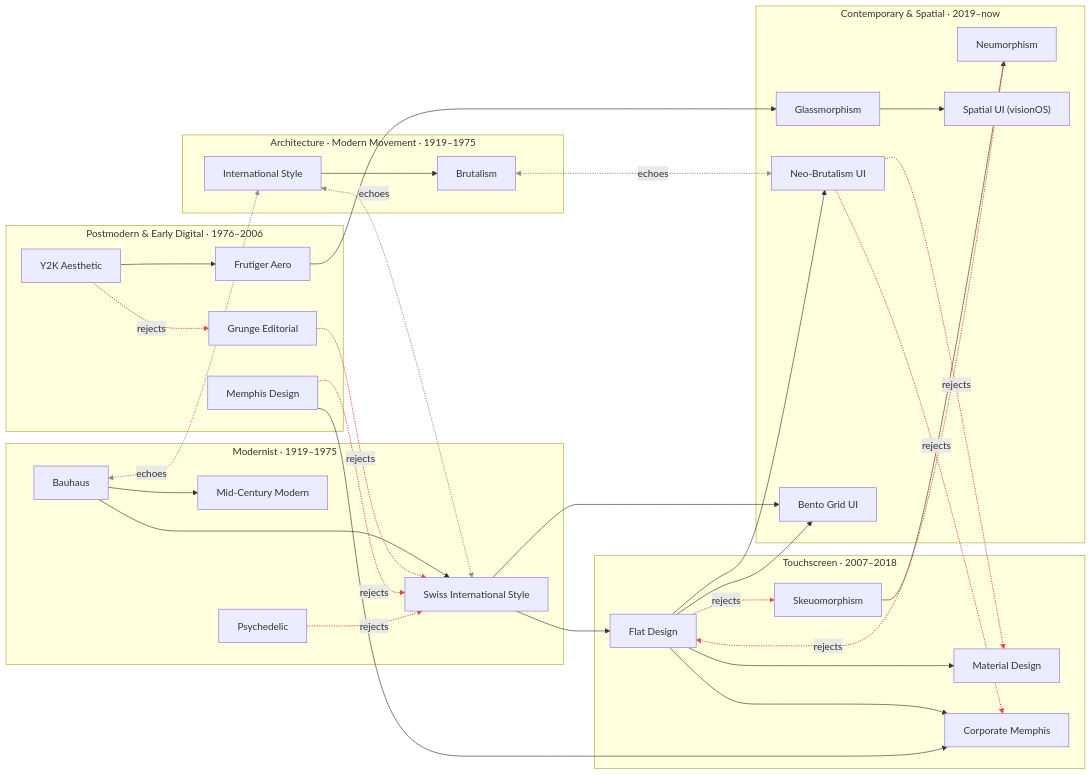
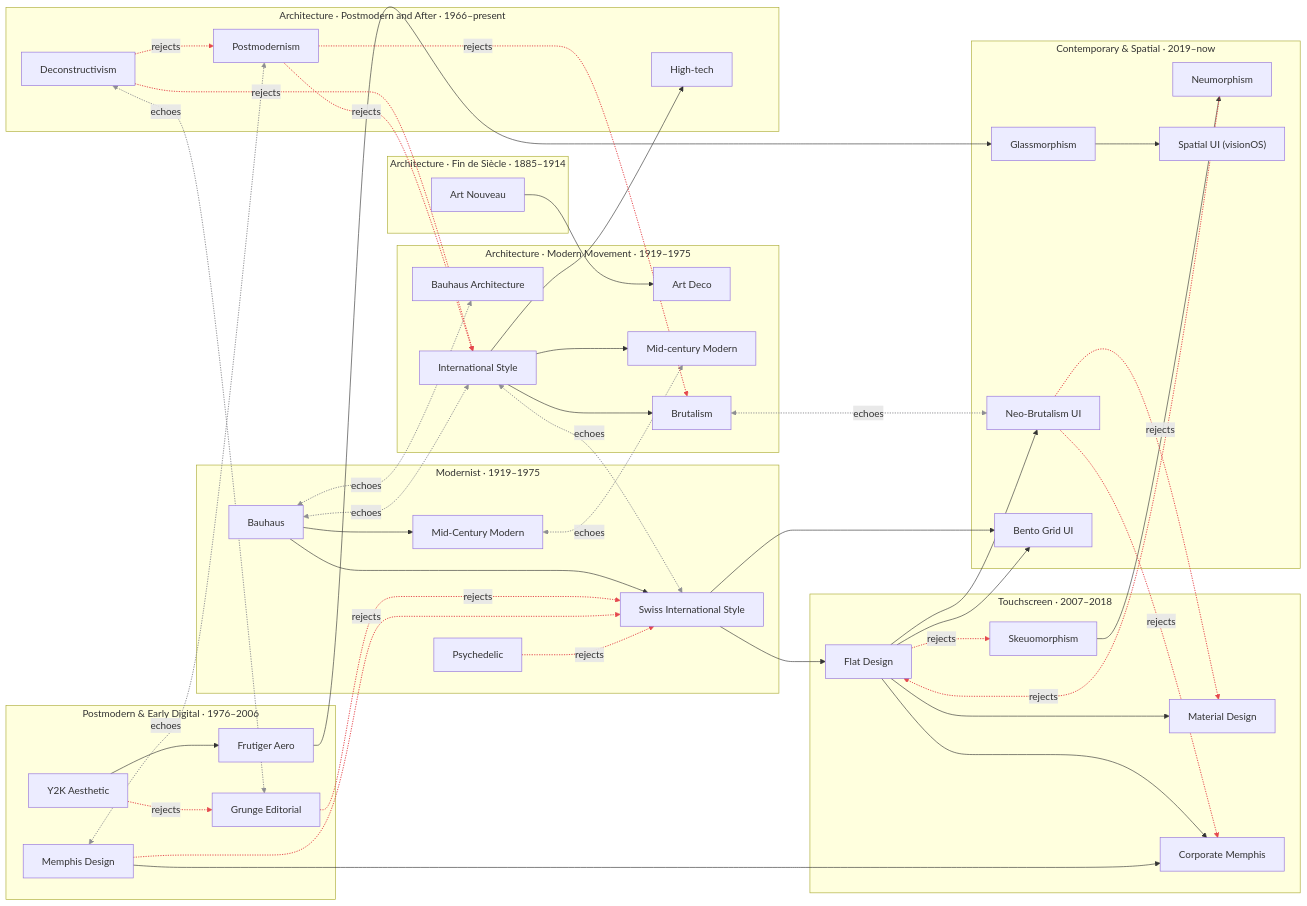
The diagram in graph/lineage.mmd (musicalbee/design-ontology), drawn with Mermaid before and after one commit. The commit also changed 30 other files, not shown here.

Commit message:
Architecture wave 1: Art Nouveau, Art Deco, Bauhaus, Mid-century, Postmodernism, High-tech, Deconstructivism; massing demo

```diff
--- a/graph/lineage.mmd
+++ b/graph/lineage.mmd
@@ -1,66 +1,96 @@
 flowchart LR
   subgraph design_modernist["Modernist · 1919–1975"]
     bauhaus["Bauhaus"]
     mid_century_modern["Mid-Century Modern"]
     swiss_international["Swiss International Style"]
     psychedelic["Psychedelic"]
   end
   subgraph design_postmodern_early_digital["Postmodern & Early Digital · 1976–2006"]
     memphis_design["Memphis Design"]
     grunge_editorial["Grunge Editorial"]
     y2k_aesthetic["Y2K Aesthetic"]
     frutiger_aero["Frutiger Aero"]
   end
   subgraph design_touchscreen["Touchscreen · 2007–2018"]
     skeuomorphism["Skeuomorphism"]
     flat_design["Flat Design"]
     material_design["Material Design"]
     corporate_memphis["Corporate Memphis"]
   end
   subgraph design_contemporary_spatial["Contemporary & Spatial · 2019–now"]
     neumorphism["Neumorphism"]
     glassmorphism["Glassmorphism"]
     neo_brutalism_ui["Neo-Brutalism UI"]
     bento_grid_ui["Bento Grid UI"]
     spatial_visionos["Spatial UI (visionOS)"]
   end
+  subgraph architecture_fin_de_siecle["Architecture · Fin de Siècle · 1885–1914"]
+    art_nouveau_architecture["Art Nouveau"]
+  end
   subgraph architecture_modern_movement["Architecture · Modern Movement · 1919–1975"]
+    bauhaus_architecture["Bauhaus Architecture"]
+    art_deco_architecture["Art Deco"]
     international_style_architecture["International Style"]
+    mid_century_modern_architecture["Mid-century Modern"]
     brutalist_architecture["Brutalism"]
   end
+  subgraph architecture_postmodern_and_after["Architecture · Postmodern and After · 1966–present"]
+    postmodern_architecture["Postmodernism"]
+    high_tech_architecture["High-tech"]
+    deconstructivist_architecture["Deconstructivism"]
+  end
+  bauhaus <-. echoes .-> bauhaus_architecture
   bauhaus <-. echoes .-> international_style_architecture
   brutalist_architecture <-. echoes .-> neo_brutalism_ui
+  deconstructivist_architecture <-. echoes .-> grunge_editorial
   international_style_architecture <-. echoes .-> swiss_international
+  memphis_design <-. echoes .-> postmodern_architecture
+  mid_century_modern <-. echoes .-> mid_century_modern_architecture
+  art_nouveau_architecture --> art_deco_architecture
   flat_design --> bento_grid_ui
   swiss_international --> bento_grid_ui
   international_style_architecture --> brutalist_architecture
   flat_design --> corporate_memphis
   memphis_design --> corporate_memphis
   swiss_international --> flat_design
   y2k_aesthetic --> frutiger_aero
   frutiger_aero --> glassmorphism
+  international_style_architecture --> high_tech_architecture
   flat_design --> material_design
   bauhaus --> mid_century_modern
+  international_style_architecture --> mid_century_modern_architecture
   flat_design --> neo_brutalism_ui
   skeuomorphism --> neumorphism
   glassmorphism --> spatial_visionos
   bauhaus --> swiss_international
+  deconstructivist_architecture -. rejects .-> international_style_architecture
+  deconstructivist_architecture -. rejects .-> postmodern_architecture
   flat_design -. rejects .-> skeuomorphism
   grunge_editorial -. rejects .-> swiss_international
   memphis_design -. rejects .-> swiss_international
   neo_brutalism_ui -. rejects .-> corporate_memphis
   neo_brutalism_ui -. rejects .-> material_design
   neumorphism -. rejects .-> flat_design
+  postmodern_architecture -. rejects .-> brutalist_architecture
+  postmodern_architecture -. rejects .-> international_style_architecture
   psychedelic -. rejects .-> swiss_international
   y2k_aesthetic -. rejects .-> grunge_editorial
   linkStyle 0 stroke:#8E8E93,stroke-width:1.5px
   linkStyle 1 stroke:#8E8E93,stroke-width:1.5px
   linkStyle 2 stroke:#8E8E93,stroke-width:1.5px
-  linkStyle 17 stroke:#E5484D,stroke-width:1.5px
-  linkStyle 18 stroke:#E5484D,stroke-width:1.5px
-  linkStyle 19 stroke:#E5484D,stroke-width:1.5px
-  linkStyle 20 stroke:#E5484D,stroke-width:1.5px
-  linkStyle 21 stroke:#E5484D,stroke-width:1.5px
-  linkStyle 22 stroke:#E5484D,stroke-width:1.5px
-  linkStyle 23 stroke:#E5484D,stroke-width:1.5px
+  linkStyle 3 stroke:#8E8E93,stroke-width:1.5px
+  linkStyle 4 stroke:#8E8E93,stroke-width:1.5px
+  linkStyle 5 stroke:#8E8E93,stroke-width:1.5px
+  linkStyle 6 stroke:#8E8E93,stroke-width:1.5px
   linkStyle 24 stroke:#E5484D,stroke-width:1.5px
+  linkStyle 25 stroke:#E5484D,stroke-width:1.5px
+  linkStyle 26 stroke:#E5484D,stroke-width:1.5px
+  linkStyle 27 stroke:#E5484D,stroke-width:1.5px
+  linkStyle 28 stroke:#E5484D,stroke-width:1.5px
+  linkStyle 29 stroke:#E5484D,stroke-width:1.5px
+  linkStyle 30 stroke:#E5484D,stroke-width:1.5px
+  linkStyle 31 stroke:#E5484D,stroke-width:1.5px
+  linkStyle 32 stroke:#E5484D,stroke-width:1.5px
+  linkStyle 33 stroke:#E5484D,stroke-width:1.5px
+  linkStyle 34 stroke:#E5484D,stroke-width:1.5px
+  linkStyle 35 stroke:#E5484D,stroke-width:1.5px
```
